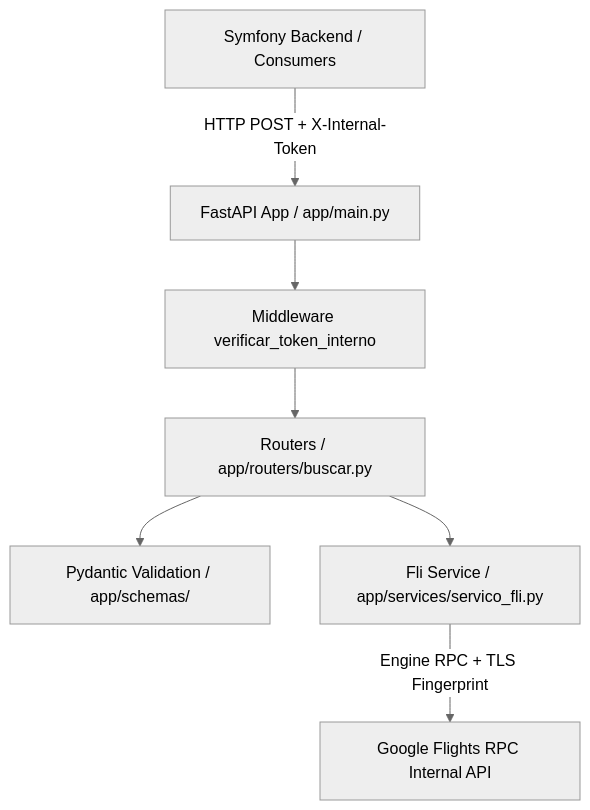
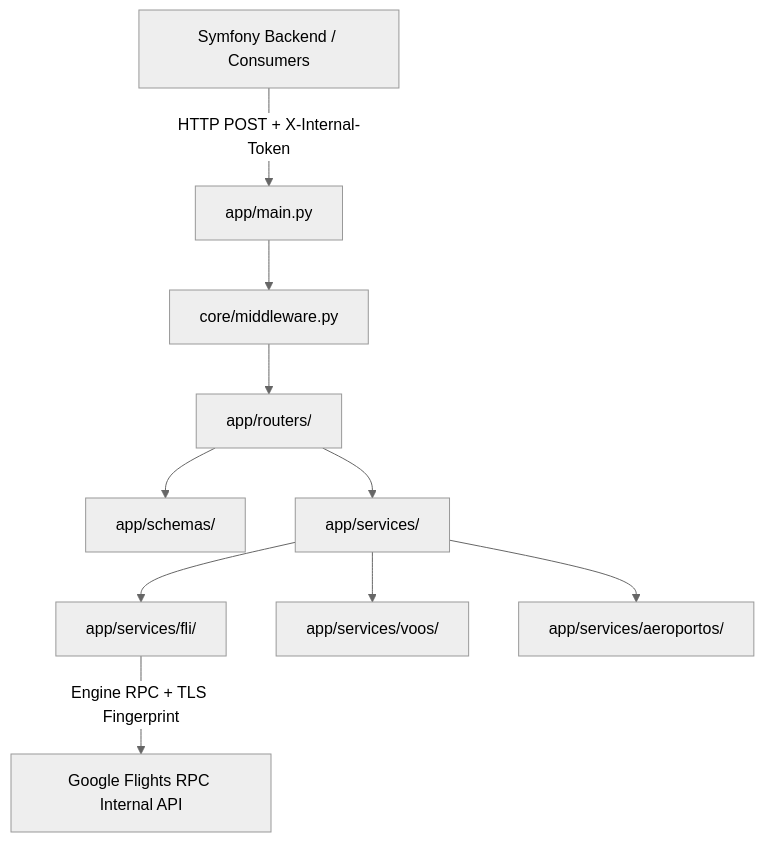
Before and after one commit to GabrielCirqueira/flights-API: the diagram in docs/ARCHITECTURE.md, drawn with Mermaid (neutral theme). The commit also changed other lines of this file and 6 other files, not shown here.

````diff
--- a/docs/ARCHITECTURE.md
+++ b/docs/ARCHITECTURE.md
@@ -7,9 +7,12 @@
 ```mermaid
 graph TD
-    Client[Symfony Backend / Consumers] -->|HTTP POST + X-Internal-Token| FastAPI[FastAPI App / app/main.py]
-    FastAPI --> Middleware[Middleware verificar_token_interno]
-    Middleware --> Routers[Routers / app/routers/buscar.py]
-    Routers --> Schemas[Pydantic Validation / app/schemas/]
-    Routers --> Service[Fli Service / app/services/servico_fli.py]
-    Service -->|Engine RPC + TLS Fingerprint| GoogleFlights[Google Flights RPC Internal API]
+    Client[Symfony Backend / Consumers] -->|HTTP POST + X-Internal-Token| FastAPI[app/main.py]
+    FastAPI --> Middleware[core/middleware.py]
+    Middleware --> Routers[app/routers/]
+    Routers --> Schemas[app/schemas/]
+    Routers --> Services[app/services/]
+    Services --> FliAdapt[app/services/fli/]
+    Services --> Voos[app/services/voos/]
+    Services --> Aeroportos[app/services/aeroportos/]
+    FliAdapt -->|Engine RPC + TLS Fingerprint| GoogleFlights[Google Flights RPC Internal API]
 ```
````
